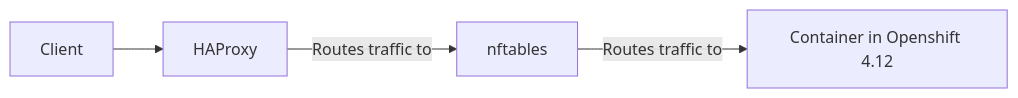
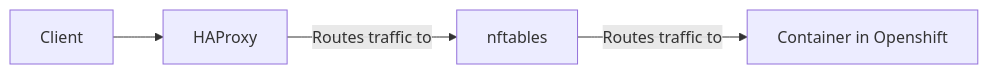
Before and after one commit to emmahone/haproxy-state-machine: the third of 3 diagrams in README.md, drawn with Mermaid. The commit also changed other lines of this file, not shown here.

````diff
--- a/README.md
+++ b/README.md
@@ -66,6 +66,6 @@
 ```mermaid
 graph LR
   A[Client] --> B[HAProxy]
   B -- Routes traffic to --> C[nftables]
-  C -- Routes traffic to --> D[Container in Openshift 4.12]
+  C -- Routes traffic to --> D[Container in Openshift]
 ```
````
